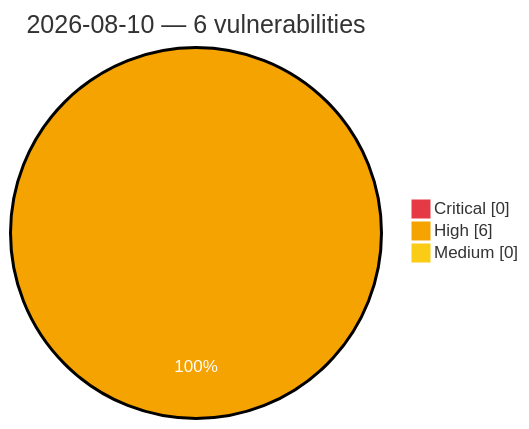
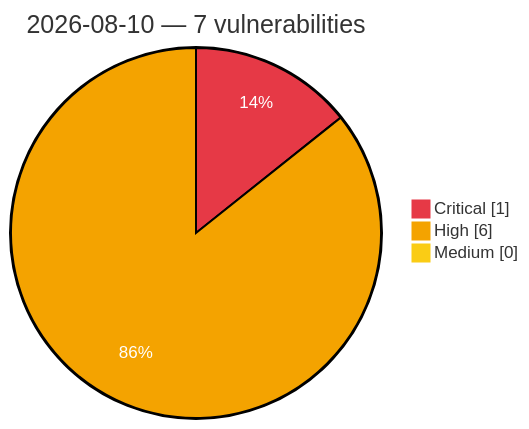
The diagram in vulnerabilities/2026/August/2026-08-10.md (GhostX0X/vuln-tracker), drawn with Mermaid before and after one commit. The commit also changed other lines of this file and 5 other files, not shown here.

````diff
--- a/vulnerabilities/2026/August/2026-08-10.md
+++ b/vulnerabilities/2026/August/2026-08-10.md
@@ -3,8 +3,8 @@
 ```mermaid
 %%{init: {'theme':'base', 'themeVariables': {'pie1':'#e63946', 'pie2':'#f4a300', 'pie3':'#facc15', 'pieOpacity':'1', 'pieOuterStrokeWidth':'2px', 'pieSectionTextColor':'#ffffff'}}}%%
 pie showData
-    title 2026-08-10 — 6 vulnerabilities
-    "Critical" : 0
+    title 2026-08-10 — 7 vulnerabilities
+    "Critical" : 1
     "High" : 6
     "Medium" : 0
 ```
````
